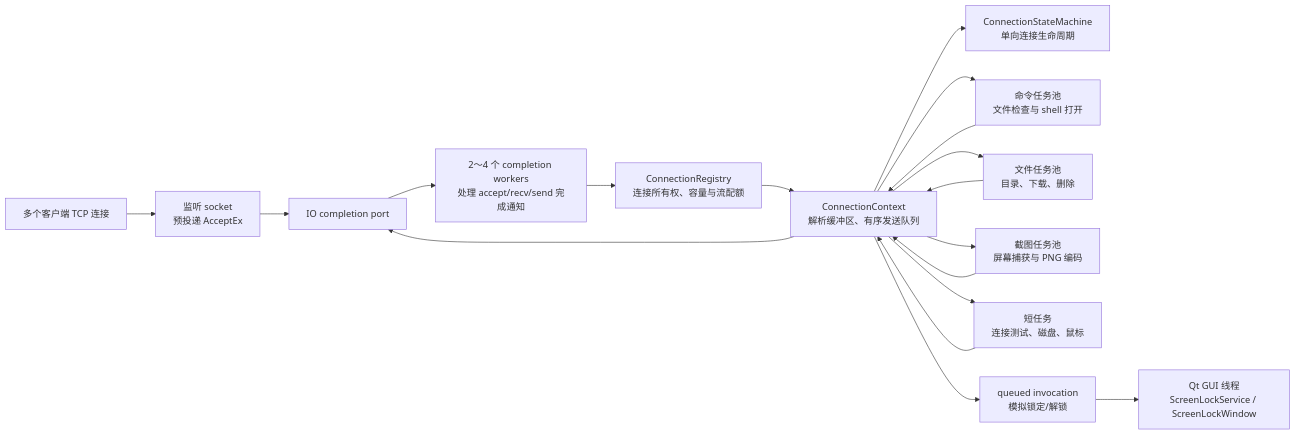
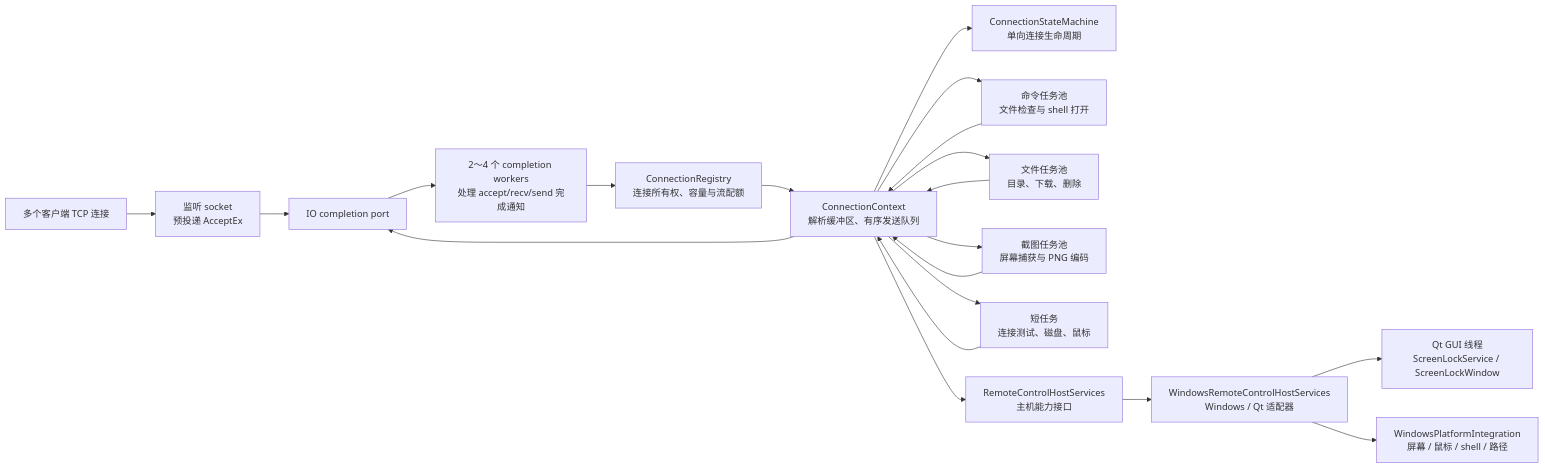
The diagram in docs/ServerArchitecture.md (slimesq/remote_control), drawn with Mermaid before and after one commit. The commit also changed other lines of this file and 46 other files, not shown here.

````diff
--- a/docs/ServerArchitecture.md
+++ b/docs/ServerArchitecture.md
@@ -12,20 +12,22 @@
 ```mermaid
 flowchart LR
     Clients["多个客户端 TCP 连接"] --> Listener["监听 socket<br/>预投递 AcceptEx"]
     Listener --> Iocp["IO completion port"]
     Iocp --> CompletionWorkers["2～4 个 completion workers<br/>处理 accept/recv/send 完成通知"]
     CompletionWorkers --> Registry["ConnectionRegistry<br/>连接所有权、容量与流配额"]
     Registry --> State["ConnectionContext<br/>解析缓冲区、有序发送队列"]
     State --> Lifecycle["ConnectionStateMachine<br/>单向连接生命周期"]
     State --> CommandPool["命令任务池<br/>文件检查与 shell 打开"]
     State --> FilePool["文件任务池<br/>目录、下载、删除"]
     State --> ScreenCapturePool["截图任务池<br/>屏幕捕获与 PNG 编码"]
     State --> DirectWork["短任务<br/>连接测试、磁盘、鼠标"]
-    State --> GuiQueue["queued invocation<br/>模拟锁定/解锁"]
+    State --> HostServices["RemoteControlHostServices<br/>主机能力接口"]
     CommandPool --> State
     FilePool --> State
     ScreenCapturePool --> State
     DirectWork --> State
-    GuiQueue --> ScreenLockService["Qt GUI 线程<br/>ScreenLockService / ScreenLockWindow"]
+    HostServices --> WindowsAdapter["WindowsRemoteControlHostServices<br/>Windows / Qt 适配器"]
+    WindowsAdapter --> ScreenLockService["Qt GUI 线程<br/>ScreenLockService / ScreenLockWindow"]
+    WindowsAdapter --> Platform["WindowsPlatformIntegration<br/>屏幕 / 鼠标 / shell / 路径"]
     State --> Iocp
 ```
````
